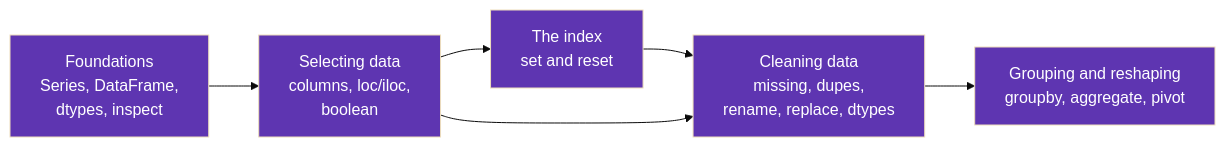
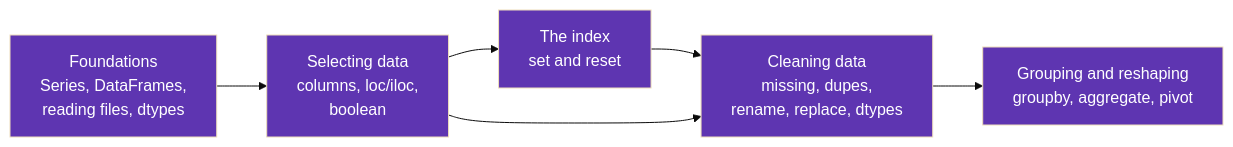
One commit to karywnl/pandas changed the diagram in docs/index.md. Above: the diagram before and after it, drawn with Mermaid (base theme). The commit also changed 3 other files, not shown here.

First line of the commit message:
feat: add "Reading and writing data" chapter (read_csv / to_csv)

````diff
--- a/docs/index.md
+++ b/docs/index.md
@@ -16,13 +16,13 @@
 ```mermaid
 flowchart LR
-    F["Foundations<br/>Series, DataFrame,<br/>dtypes, inspect"] --> SEL["Selecting data<br/>columns, loc/iloc,<br/>boolean"]
+    F["Foundations<br/>Series, DataFrames,<br/>reading files, dtypes"] --> SEL["Selecting data<br/>columns, loc/iloc,<br/>boolean"]
     SEL --> IDX["The index<br/>set and reset"]
     IDX --> CLEAN["Cleaning data<br/>missing, dupes,<br/>rename, replace, dtypes"]
     CLEAN --> GRP["Grouping and reshaping<br/>groupby, aggregate, pivot"]
     SEL --> CLEAN
     style F fill:#5e35b1,color:#fff
     style SEL fill:#5e35b1,color:#fff
     style IDX fill:#5e35b1,color:#fff
     style CLEAN fill:#5e35b1,color:#fff
     style GRP fill:#5e35b1,color:#fff
 ```
````
